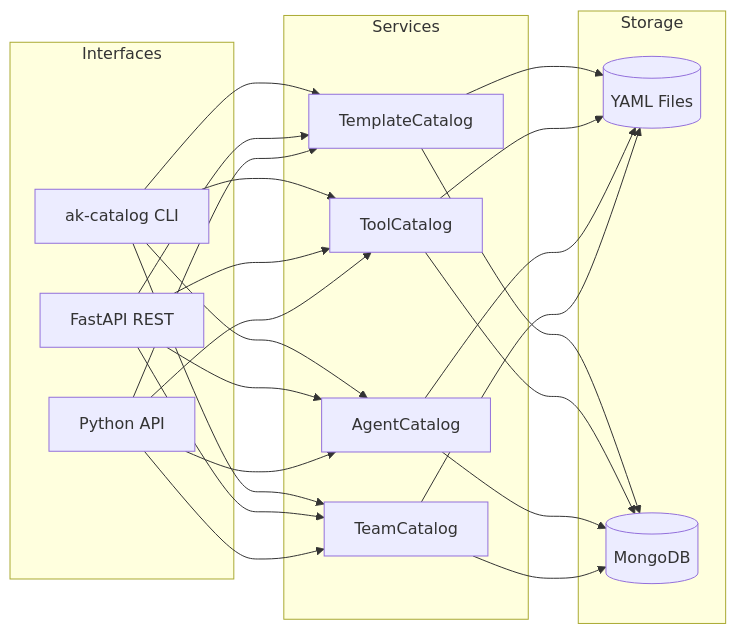
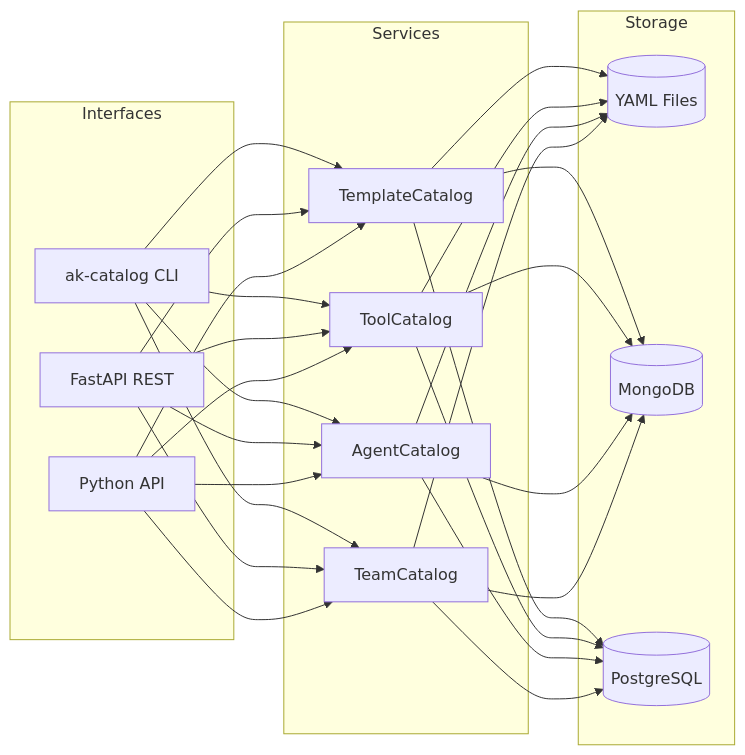
The first of 2 diagrams in README.md (b12consulting/akgentic-catalog), drawn with Mermaid before and after one commit. The commit also changed other lines of this file and 3 other files, not shown here.

````diff
--- a/README.md
+++ b/README.md
@@ -44,23 +44,25 @@
 ```mermaid
 flowchart LR
     subgraph Interfaces
         CLI[ak-catalog CLI]
         API[FastAPI REST]
         PY[Python API]
     end
     subgraph Services
         TC[TemplateCatalog]
         OC[ToolCatalog]
         AC[AgentCatalog]
         MC[TeamCatalog]
     end
     subgraph Storage
         YAML[(YAML Files)]
         MONGO[(MongoDB)]
+        POSTGRES[(PostgreSQL)]
     end
     CLI --> TC & OC & AC & MC
     API --> TC & OC & AC & MC
     PY --> TC & OC & AC & MC
     TC & OC & AC & MC --> YAML
     TC & OC & AC & MC --> MONGO
+    TC & OC & AC & MC --> POSTGRES
 ```
````
